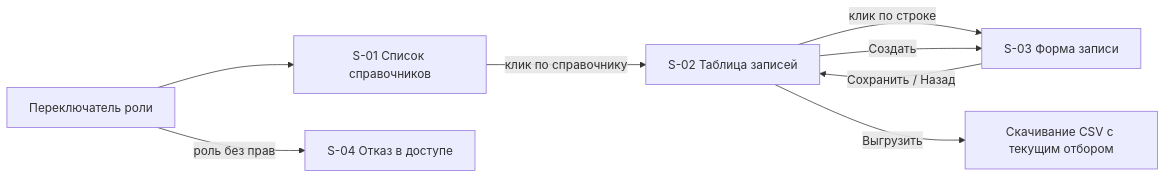
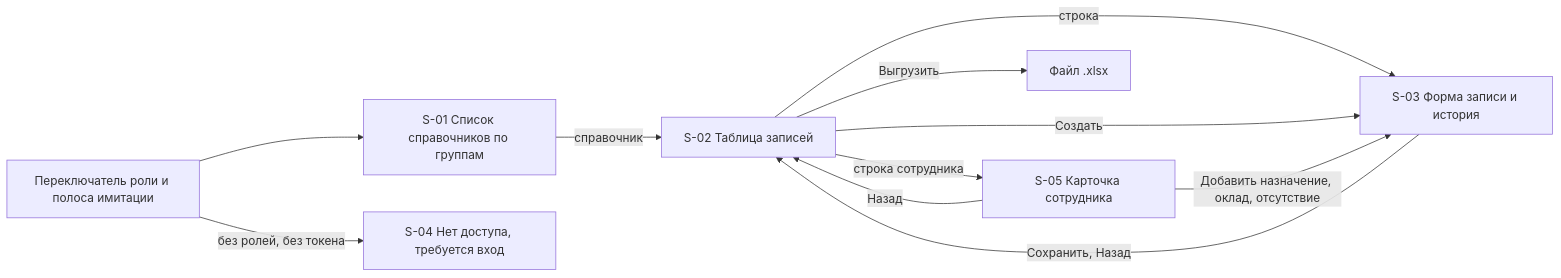
One commit to MEPhI-C22-501/arch-info-system-monorepo changed the diagram in reference-manager/documents/115.live-prototype.md. Above: the diagram before and after it, drawn with Mermaid. The commit also changed other lines of this file and 24 other files, not shown here.

````diff
--- a/reference-manager/documents/115.live-prototype.md
+++ b/reference-manager/documents/115.live-prototype.md
@@ -14,10 +20,13 @@
 ```mermaid
 flowchart LR
-    Role["Переключатель роли"] --> S1["S-01 Список справочников"]
-    S1 -->|"клик по справочнику"| S2["S-02 Таблица записей"]
-    S2 -->|"клик по строке"| S3["S-03 Форма записи"]
+    Role["Переключатель роли и полоса имитации"] --> S1["S-01 Список справочников по группам"]
+    S1 -->|"справочник"| S2["S-02 Таблица записей"]
+    S2 -->|"строка"| S3["S-03 Форма записи и история"]
     S2 -->|"Создать"| S3
-    S3 -->|"Сохранить / Назад"| S2
-    S2 -->|"Выгрузить"| X["Скачивание CSV с текущим отбором"]
-    Role -->|"роль без прав"| S4["S-04 Отказ в доступе"]
+    S2 -->|"строка сотрудника"| S5["S-05 Карточка сотрудника"]
+    S5 -->|"Добавить назначение, оклад, отсутствие"| S3
+    S3 -->|"Сохранить, Назад"| S2
+    S5 -->|"Назад"| S2
+    S2 -->|"Выгрузить"| X["Файл .xlsx"]
+    Role -->|"без ролей, без токена"| S4["S-04 Нет доступа, требуется вход"]
 ```
````
